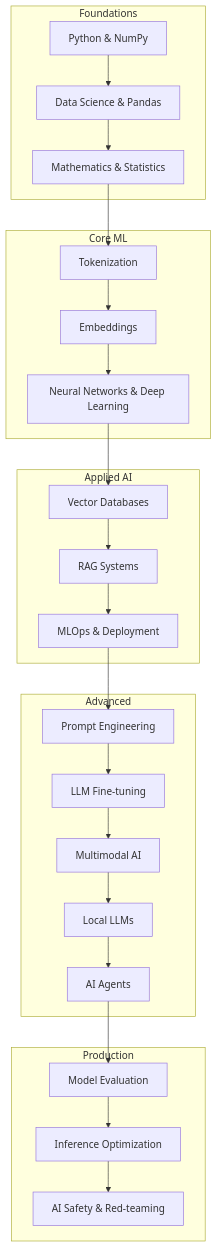
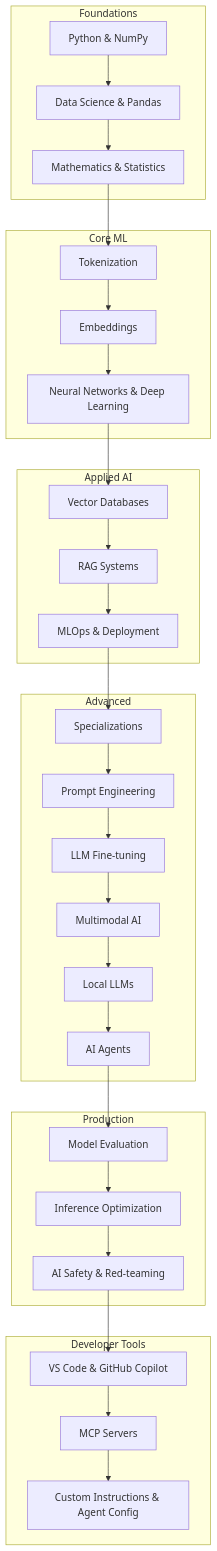
The first of 21 diagrams in VISUAL_ROADMAP.md (zai-collab/zero-to-ai), drawn with Mermaid before and after one commit. The commit also changed other lines of this file and 27 other files, not shown here.

````diff
--- a/VISUAL_ROADMAP.md
+++ b/VISUAL_ROADMAP.md
@@ -62,33 +62,40 @@
 ```{mermaid}
 flowchart TD
     subgraph Foundations
         A[Python & NumPy] --> B[Data Science & Pandas]
         B --> C[Mathematics & Statistics]
     end
 
     subgraph Core ML
         C --> D[Tokenization]
         D --> E[Embeddings]
         E --> F[Neural Networks & Deep Learning]
     end
 
     subgraph Applied AI
         F --> G[Vector Databases]
         G --> H[RAG Systems]
         H --> I[MLOps & Deployment]
     end
 
     subgraph Advanced
-        I --> J[Prompt Engineering]
-        J --> K[LLM Fine-tuning]
-        K --> L[Multimodal AI]
-        L --> M[Local LLMs]
-        M --> N[AI Agents]
+        I --> J[Specializations]
+        J --> K[Prompt Engineering]
+        K --> L[LLM Fine-tuning]
+        L --> M[Multimodal AI]
+        M --> N[Local LLMs]
+        N --> O[AI Agents]
     end
 
     subgraph Production
-        N --> O[Model Evaluation]
-        O --> P[Inference Optimization]
-        P --> Q[AI Safety & Red-teaming]
+        O --> P[Model Evaluation]
+        P --> Q[Inference Optimization]
+        Q --> R[AI Safety & Red-teaming]
+    end
+
+    subgraph Developer Tools
+        R --> S[VS Code & GitHub Copilot]
+        S --> T[MCP Servers]
+        T --> U[Custom Instructions & Agent Config]
     end
 ```
````
